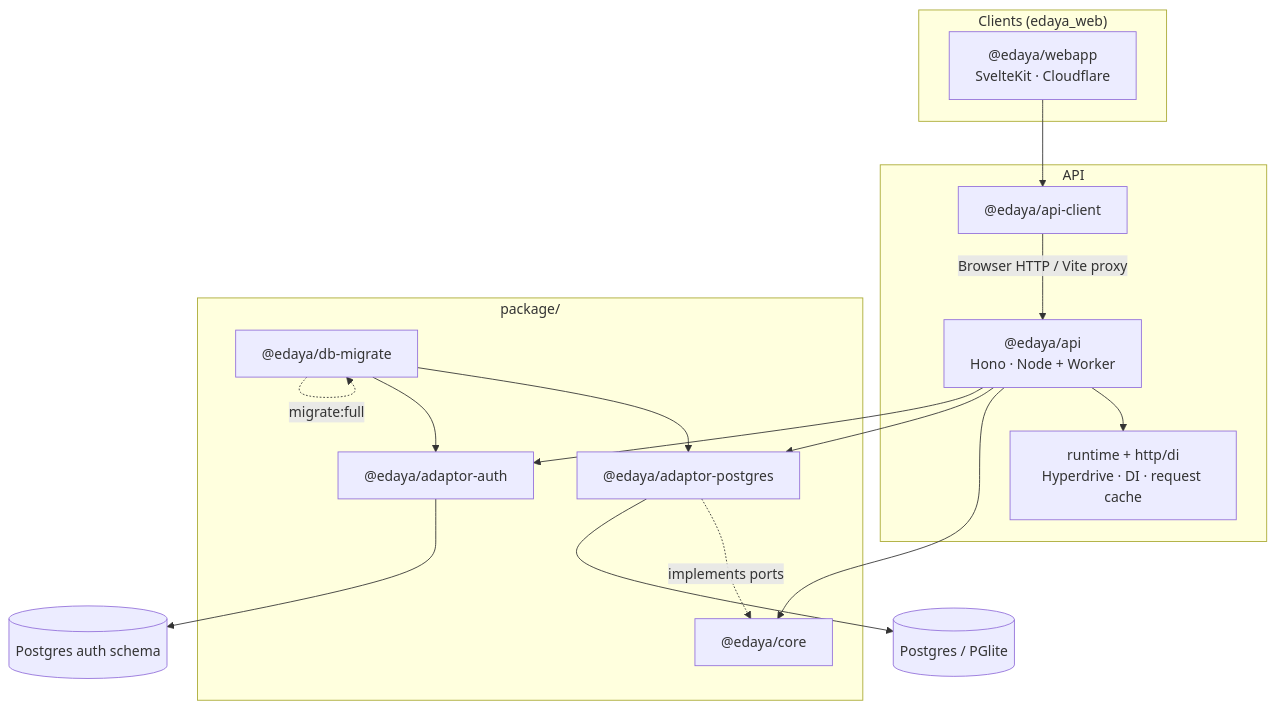
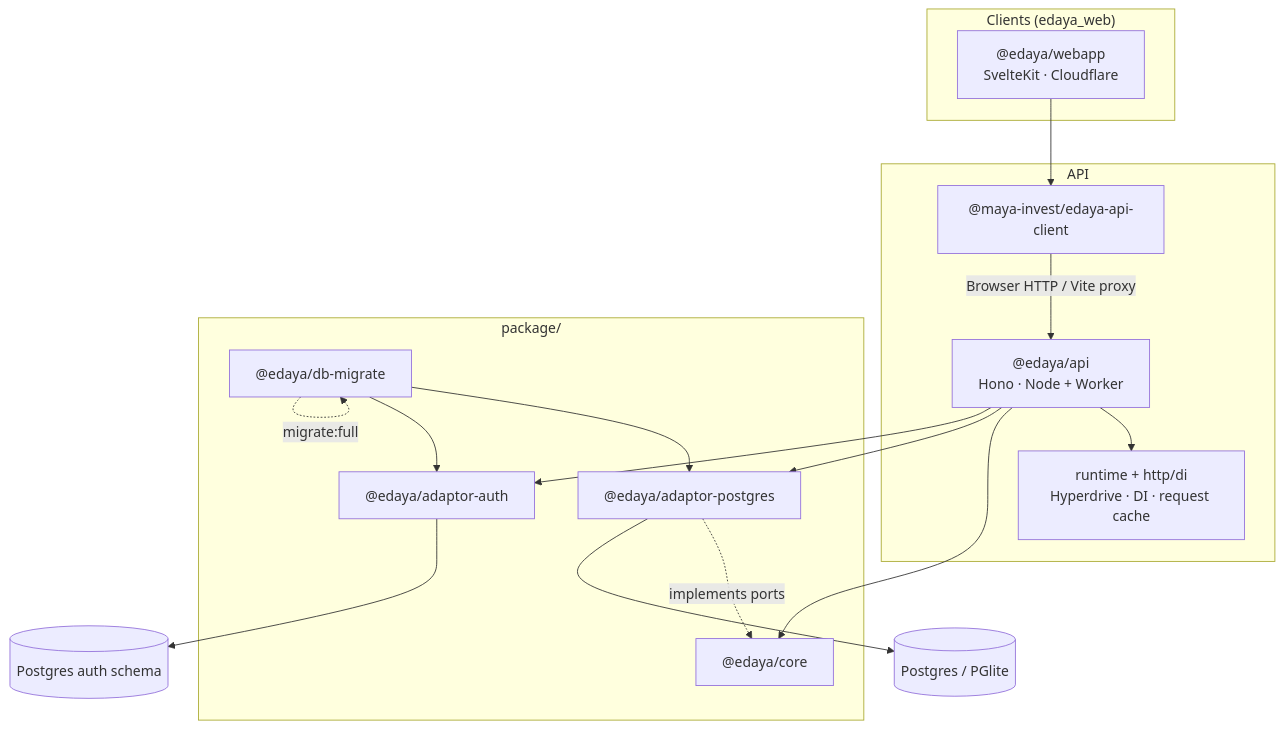
Before and after one commit to Maya-Invest/edaya_backend: the diagram in README.md, drawn with Mermaid. The commit also changed other lines of this file and 20 other files, not shown here.

First line of the commit message:
Refactor API client references to @maya-invest namespace

````diff
--- a/README.md
+++ b/README.md
@@ -38,32 +38,32 @@
 ```mermaid
 flowchart TB
   subgraph clients["Clients (edaya_web)"]
     Webapp["@edaya/webapp<br/>SvelteKit · Cloudflare"]
   end
 
   subgraph api_layer["API"]
     API["@edaya/api<br/>Hono · Node + Worker"]
-    Client["@edaya/api-client"]
+    Client["@maya-invest/edaya-api-client"]
     WorkerHost["runtime + http/di<br/>Hyperdrive · DI · request cache"]
   end
 
   subgraph package["package/"]
     Core["@edaya/core"]
     PG["@edaya/adaptor-postgres"]
     Auth["@edaya/adaptor-auth"]
     DbMigrate["@edaya/db-migrate"]
   end
 
   Webapp --> Client
   Client -->|Browser HTTP / Vite proxy| API
   API --> WorkerHost
   API --> Core
   API --> PG
   API --> Auth
   PG -.->|implements ports| Core
   DbMigrate --> PG
   DbMigrate --> Auth
   DbMigrate -.->|migrate:full| DbMigrate
   PG --> SchoolDB[(Postgres / PGlite)]
   Auth --> AuthDB[(Postgres auth schema)]
 ```
````
